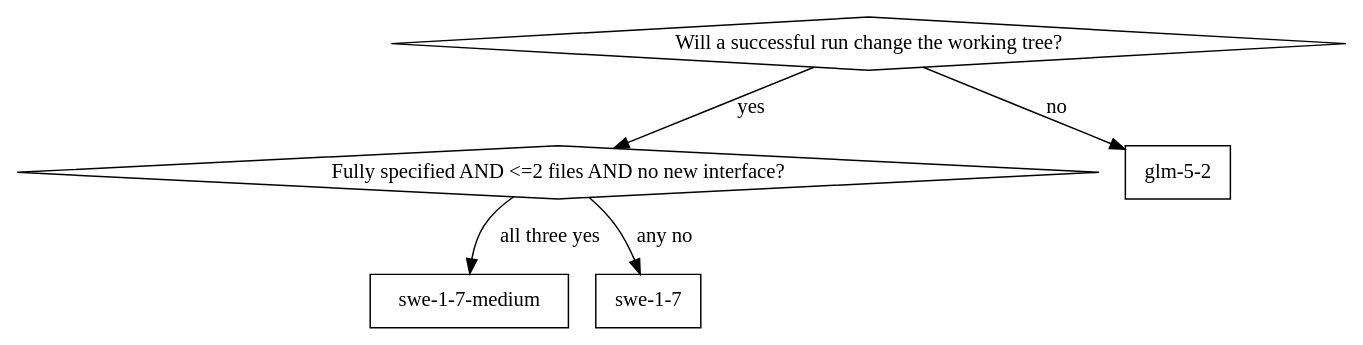
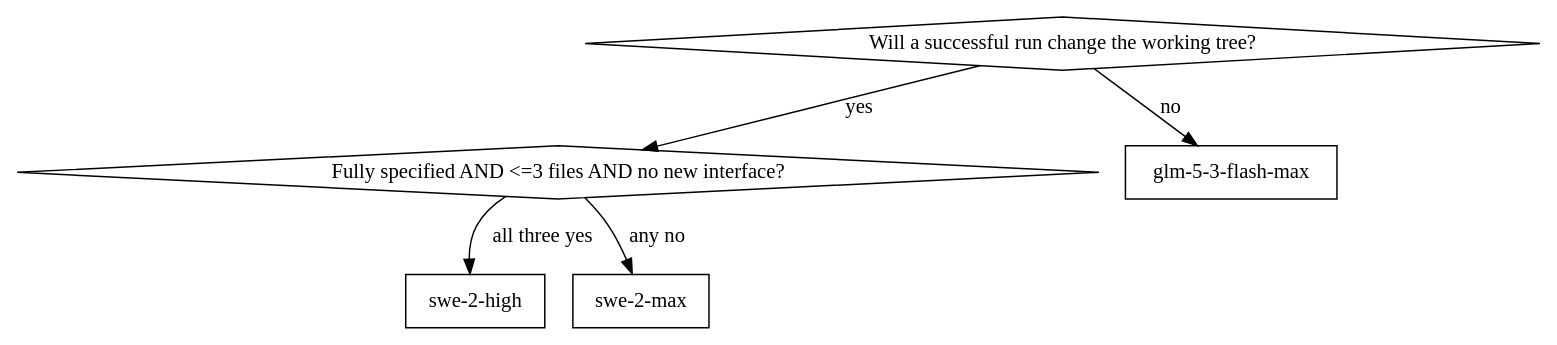
Before and after one commit to lucasschirm/claude-marketplace: the diagram in plugins/multiagent-development/skills/delegating-to-devin/SKILL.md, drawn with Graphviz. The commit also changed other lines of this file and 1 other file, not shown here.

````diff
--- a/plugins/multiagent-development/skills/delegating-to-devin/SKILL.md
+++ b/plugins/multiagent-development/skills/delegating-to-devin/SKILL.md
@@ -40,14 +46,14 @@
 ```dot
 digraph classify {
     "Will a successful run change the working tree?" [shape=diamond];
-    "Fully specified AND <=2 files AND no new interface?" [shape=diamond];
-    "glm-5-2" [shape=box];
-    "swe-1-7-medium" [shape=box];
-    "swe-1-7" [shape=box];
+    "Fully specified AND <=3 files AND no new interface?" [shape=diamond];
+    "glm-5-3-flash-max" [shape=box];
+    "swe-2-high" [shape=box];
+    "swe-2-max" [shape=box];
 
-    "Will a successful run change the working tree?" -> "glm-5-2" [label="no"];
-    "Will a successful run change the working tree?" -> "Fully specified AND <=2 files AND no new interface?" [label="yes"];
-    "Fully specified AND <=2 files AND no new interface?" -> "swe-1-7-medium" [label="all three yes"];
-    "Fully specified AND <=2 files AND no new interface?" -> "swe-1-7" [label="any no"];
+    "Will a successful run change the working tree?" -> "glm-5-3-flash-max" [label="no"];
+    "Will a successful run change the working tree?" -> "Fully specified AND <=3 files AND no new interface?" [label="yes"];
+    "Fully specified AND <=3 files AND no new interface?" -> "swe-2-high" [label="all three yes"];
+    "Fully specified AND <=3 files AND no new interface?" -> "swe-2-max" [label="any no"];
 }
 ```
````
